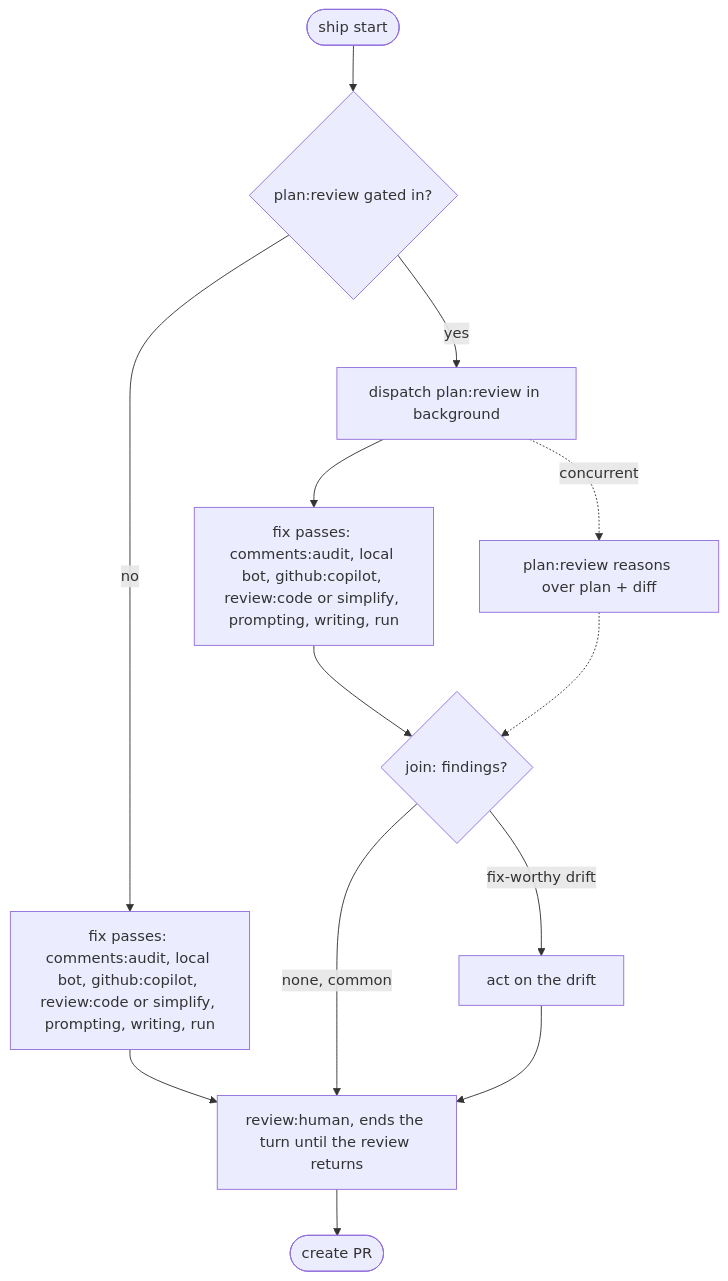
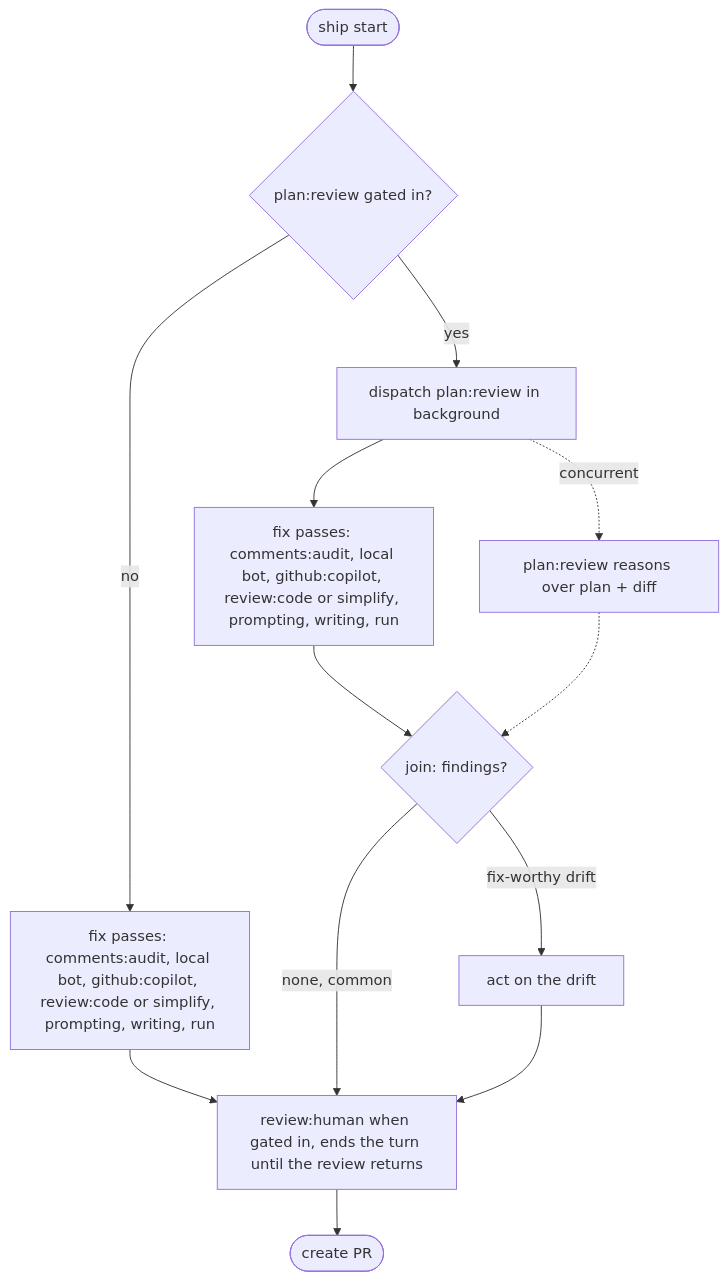
One commit to bendrucker/claude changed the diagram in user/skills/ship/references/passes.md. Above: the diagram before and after it, drawn with Mermaid. The commit also changed other lines of this file and 49 other files, not shown here.

First line of the commit message:
ship: gate review:human on trivial diffs

````diff
--- a/user/skills/ship/references/passes.md
+++ b/user/skills/ship/references/passes.md
@@ -70,15 +70,15 @@
 ```mermaid
 flowchart TD
     S([ship start]) --> G{plan:review gated in?}
     G -->|no| F1[fix passes: comments:audit, local bot, github:copilot, review:code or simplify, prompting, writing, run]
-    F1 --> H[review:human, ends the turn until the review returns]
+    F1 --> H[review:human when gated in, ends the turn until the review returns]
     H --> C([create PR])
     G -->|yes| D[dispatch plan:review in background]
     D --> F2[fix passes: comments:audit, local bot, github:copilot, review:code or simplify, prompting, writing, run]
     D -. concurrent .-> R[plan:review reasons over plan + diff]
     F2 --> J{join: findings?}
     R -.-> J
     J -->|fix-worthy drift| A[act on the drift]
     J -->|none, common| H
     A --> H
 ```
````
